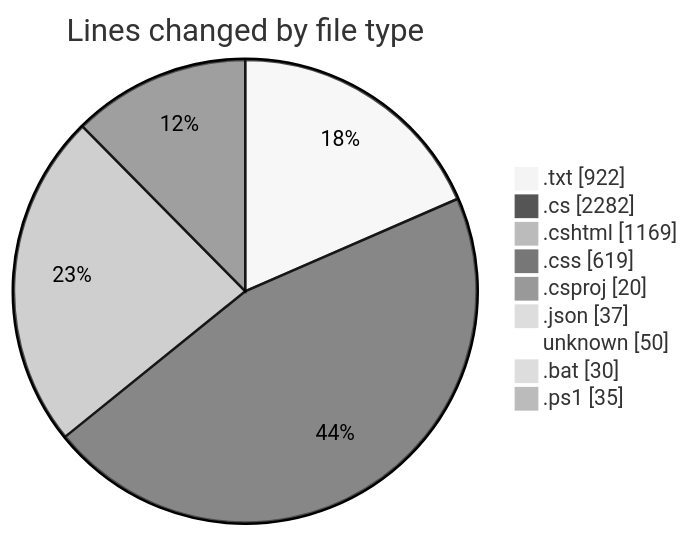
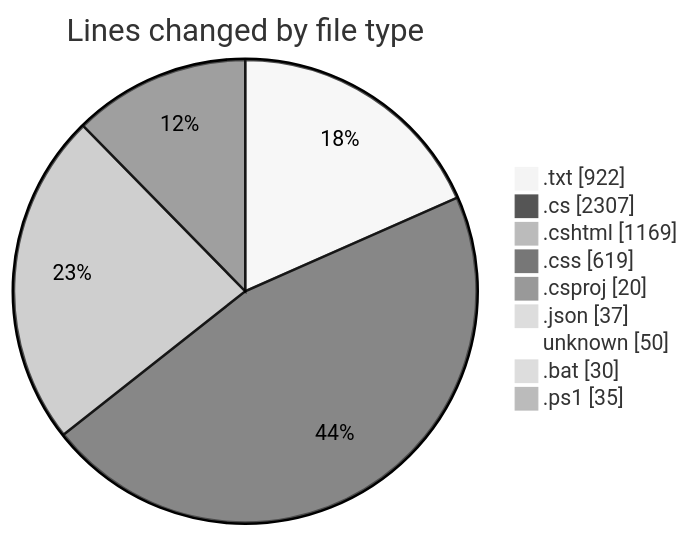
One commit to lephambinh05/code-tracking changed the first of 2 diagrams in 2025-07-26/quanlyrapchieuphim-1/README.md. Above: the diagram before and after it, drawn with Mermaid (neutral theme). The commit also changed other lines of this file and 1 other file, not shown here.

````diff
--- a/2025-07-26/quanlyrapchieuphim-1/README.md
+++ b/2025-07-26/quanlyrapchieuphim-1/README.md
@@ -36,13 +36,13 @@
 ```mermaid
 pie showData
 title Lines changed by file type
 ".txt" : 922
-".cs" : 2282
+".cs" : 2307
 ".cshtml" : 1169
 ".css" : 619
 ".csproj" : 20
 ".json" : 37
 "unknown" : 50
 ".bat" : 30
 ".ps1" : 35
 ```
````
